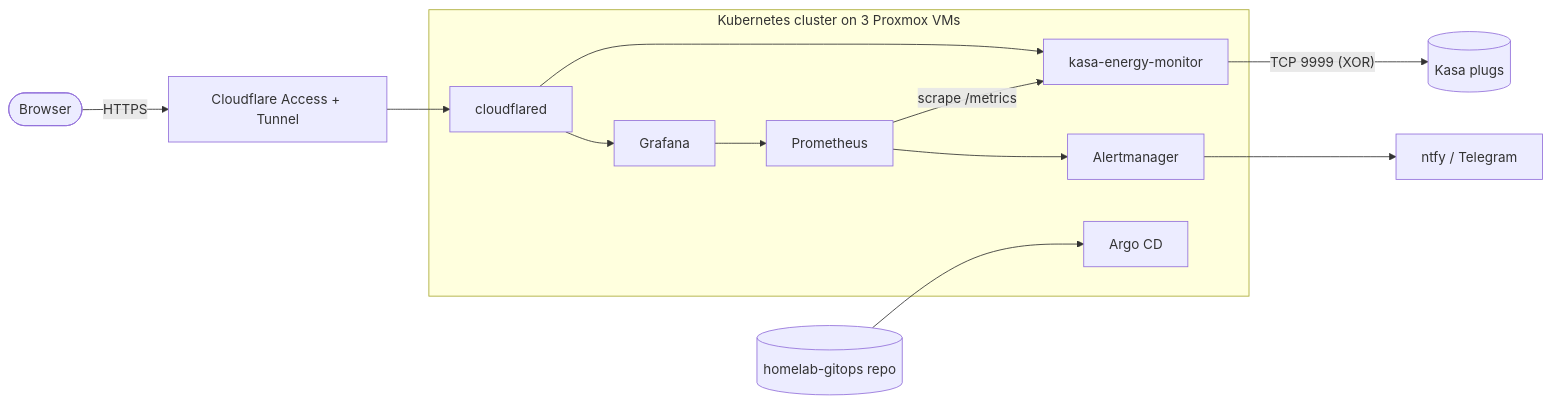
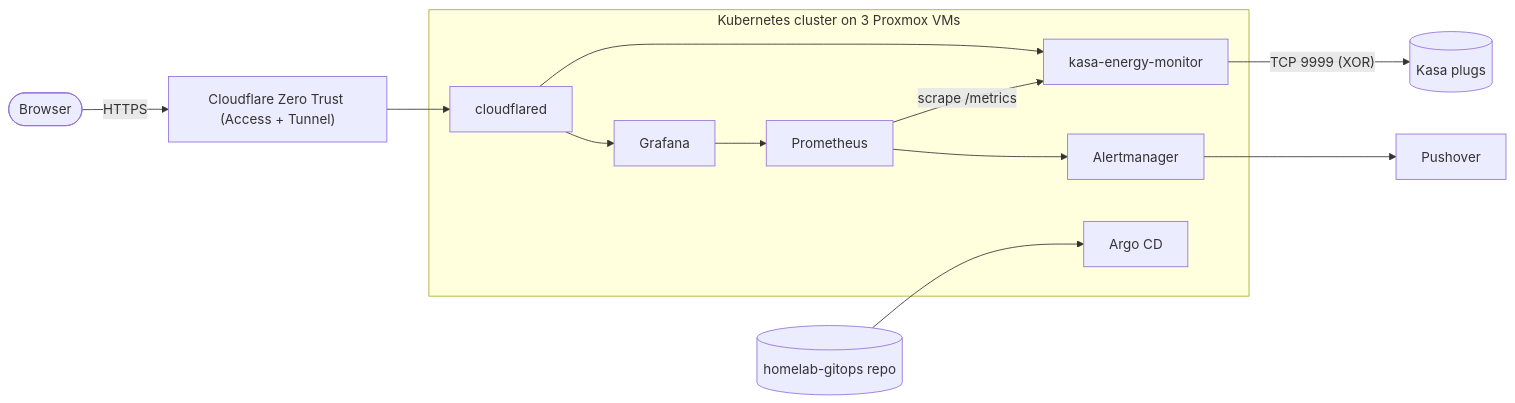
One commit to maxibit/skymap changed the diagram in kasa-energy-monitor/README.md. Above: the diagram before and after it, drawn with Mermaid. The commit also changed other lines of this file and 8 other files, not shown here.

First line of the commit message:
docs: use Pushover for notifications and Cloudflare Zero Trust for access

````diff
--- a/kasa-energy-monitor/README.md
+++ b/kasa-energy-monitor/README.md
@@ -47,21 +47,21 @@
 ```mermaid
 flowchart LR
-  user([Browser]) -->|HTTPS| cf[Cloudflare Access + Tunnel]
+  user([Browser]) -->|HTTPS| cf["Cloudflare Zero Trust (Access + Tunnel)"]
   subgraph cluster[Kubernetes cluster on 3 Proxmox VMs]
     cfd[cloudflared]
     app[kasa-energy-monitor]
     prom[Prometheus]
     graf[Grafana]
     am[Alertmanager]
     argo[Argo CD]
   end
   cf --> cfd
   cfd --> app
   cfd --> graf
   prom -->|"scrape /metrics"| app
   graf --> prom
   prom --> am
-  am --> notify[ntfy / Telegram]
+  am --> notify[Pushover]
   app -->|"TCP 9999 (XOR)"| plugs[(Kasa plugs)]
   gitops[(homelab-gitops repo)] --> argo
 ```
````
